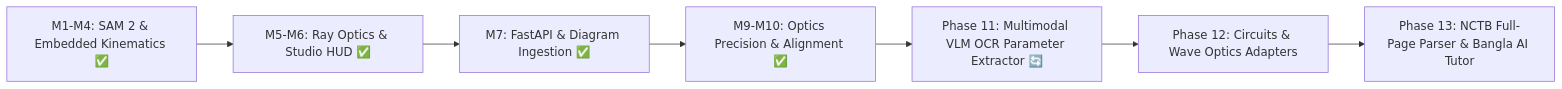
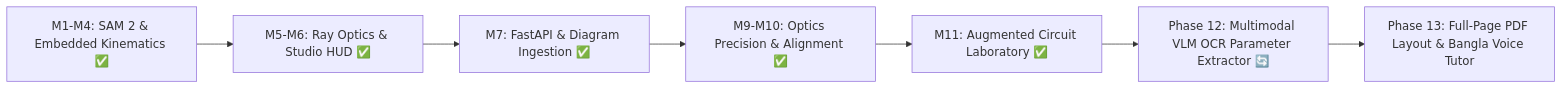
Before and after one commit to rahi-sadat/AI-Enhanced-Interactive-Physics-Textbook: the diagram in PROJECT_CONTEXT.md, drawn with Mermaid. The commit also changed other lines of this file and 5 other files, not shown here.

````diff
--- a/PROJECT_CONTEXT.md
+++ b/PROJECT_CONTEXT.md
@@ -376,9 +388,9 @@
 ```mermaid
 graph LR
     M1[M1-M4: SAM 2 & Embedded Kinematics ✅] --> M5[M5-M6: Ray Optics & Studio HUD ✅]
     M5 --> M7[M7: FastAPI & Diagram Ingestion ✅]
     M7 --> M9[M9-M10: Optics Precision & Alignment ✅]
-    M9 --> M11[Phase 11: Multimodal VLM OCR Parameter Extractor 🔄]
-    M11 --> M12[Phase 12: Circuits & Wave Optics Adapters]
-    M12 --> M13[Phase 13: NCTB Full-Page Parser & Bangla AI Tutor]
+    M9 --> M11[M11: Augmented Circuit Laboratory ✅]
+    M11 --> M12[Phase 12: Multimodal VLM OCR Parameter Extractor 🔄]
+    M12 --> M13[Phase 13: Full-Page PDF Layout & Bangla Voice Tutor]
 ```
````
